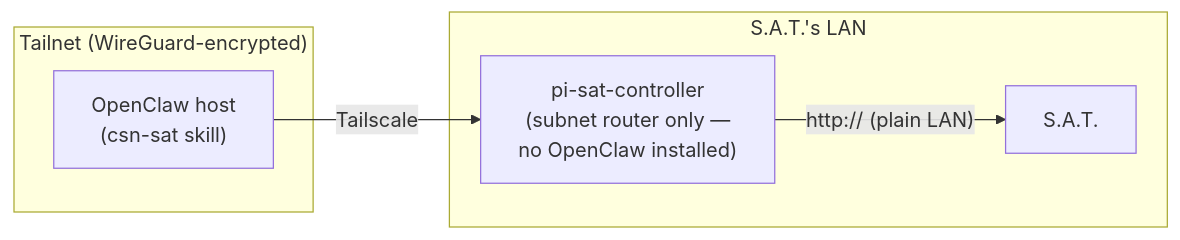
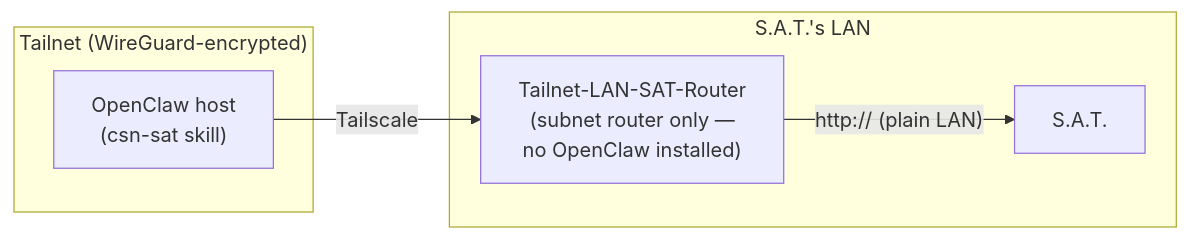
Before and after one commit to w2ayz/openclaw-csn-sat: the second of 3 diagrams in Deployment.md, drawn with Mermaid. The commit also changed other lines of this file and 3 other files, not shown here.

````diff
--- a/Deployment.md
+++ b/Deployment.md
@@ -35,12 +35,12 @@
 ```mermaid
 flowchart LR
     subgraph Tailnet["Tailnet (WireGuard-encrypted)"]
         A["OpenClaw host<br/>(csn-sat skill)"]
     end
     subgraph LAN["S.A.T.'s LAN"]
-        R["pi-sat-controller<br/>(subnet router only —<br/>no OpenClaw installed)"]
+        R["Tailnet-LAN-SAT-Router<br/>(subnet router only —<br/>no OpenClaw installed)"]
         B["S.A.T."]
     end
     A -->|"Tailscale"| R
     R -->|"http:// (plain LAN)"| B
 ```
````
